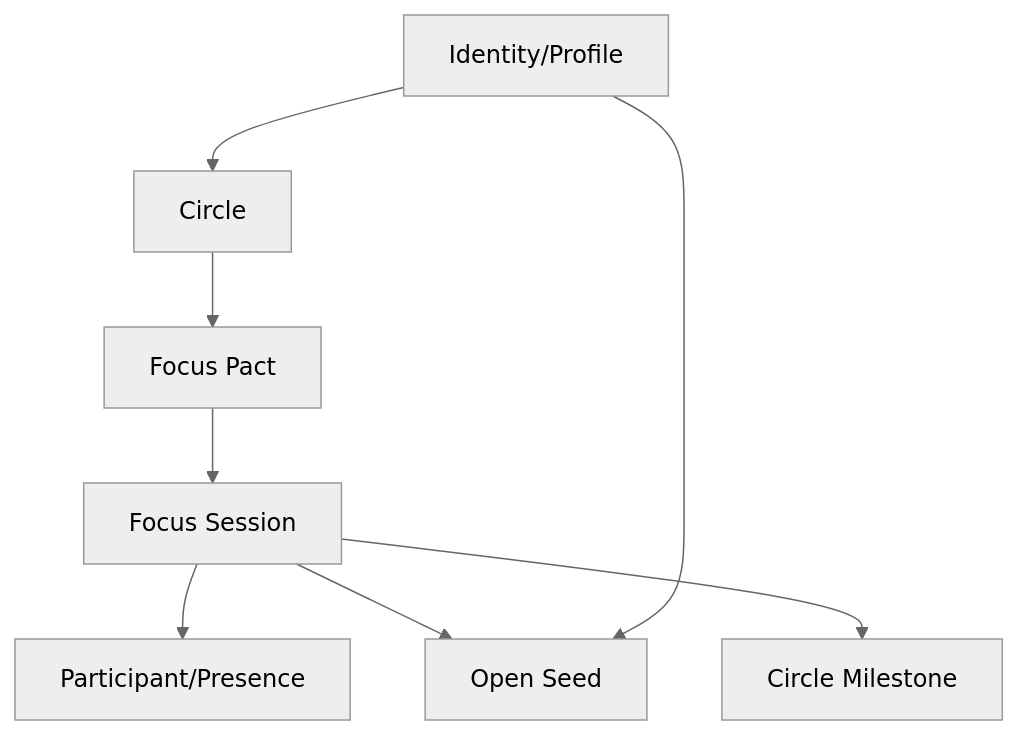
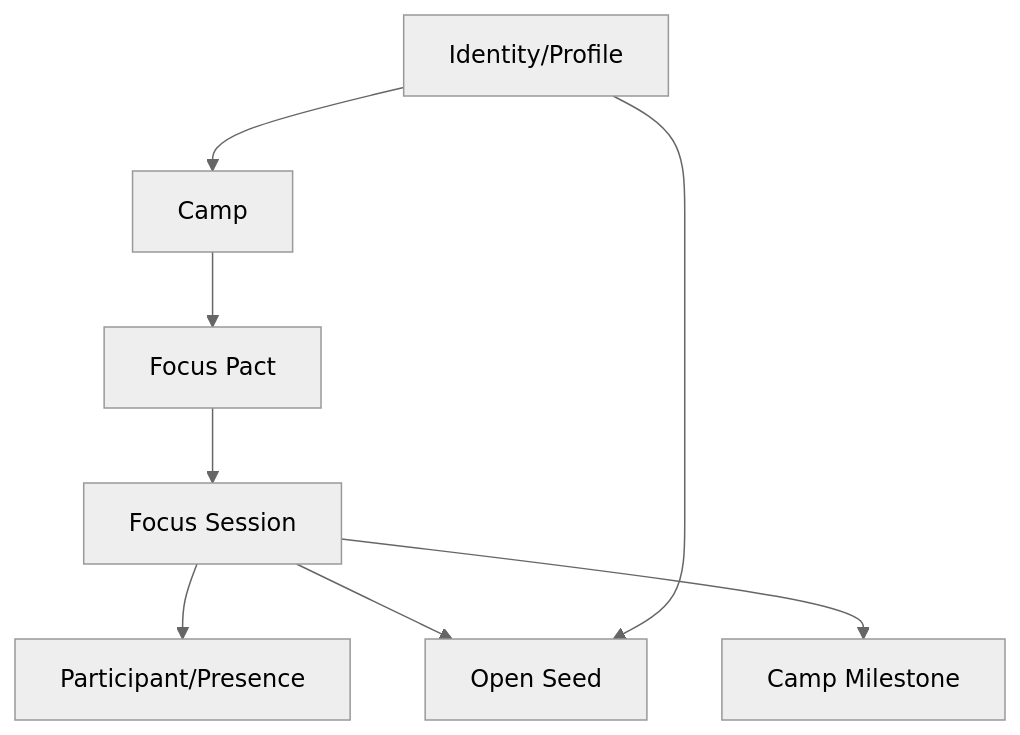
One commit to TgTrh06/project.beneath-the-pine changed the second of 2 diagrams in docs/04-engineering/system-diagrams.md. Above: the diagram before and after it, drawn with Mermaid (neutral theme). The commit also changed 41 other files, not shown here.

````diff
--- a/docs/04-engineering/system-diagrams.md
+++ b/docs/04-engineering/system-diagrams.md
@@ -12,10 +12,10 @@
 ```mermaid
 flowchart TD
-  I[Identity/Profile] --> C[Circle]
+  I[Identity/Profile] --> C[Camp]
   C --> P[Focus Pact]
   P --> S[Focus Session]
   S --> X[Participant/Presence]
   S --> O[Open Seed]
-  S --> M[Circle Milestone]
+  S --> M[Camp Milestone]
   I --> O
 ```
````
